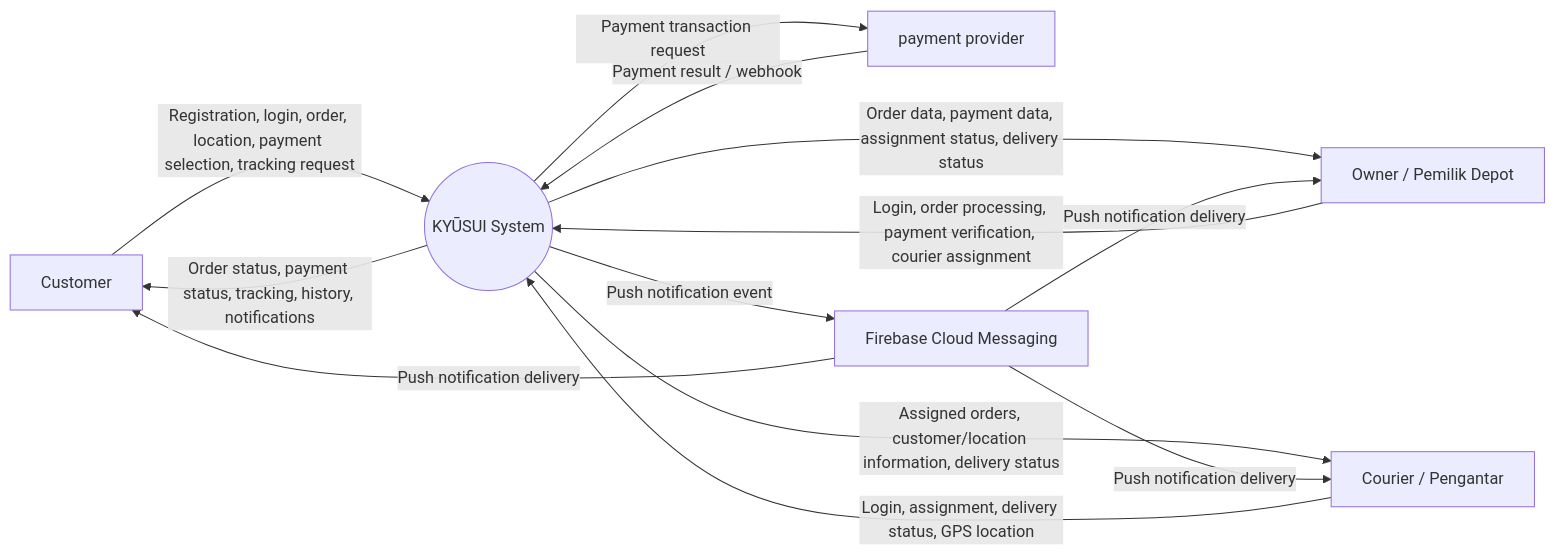
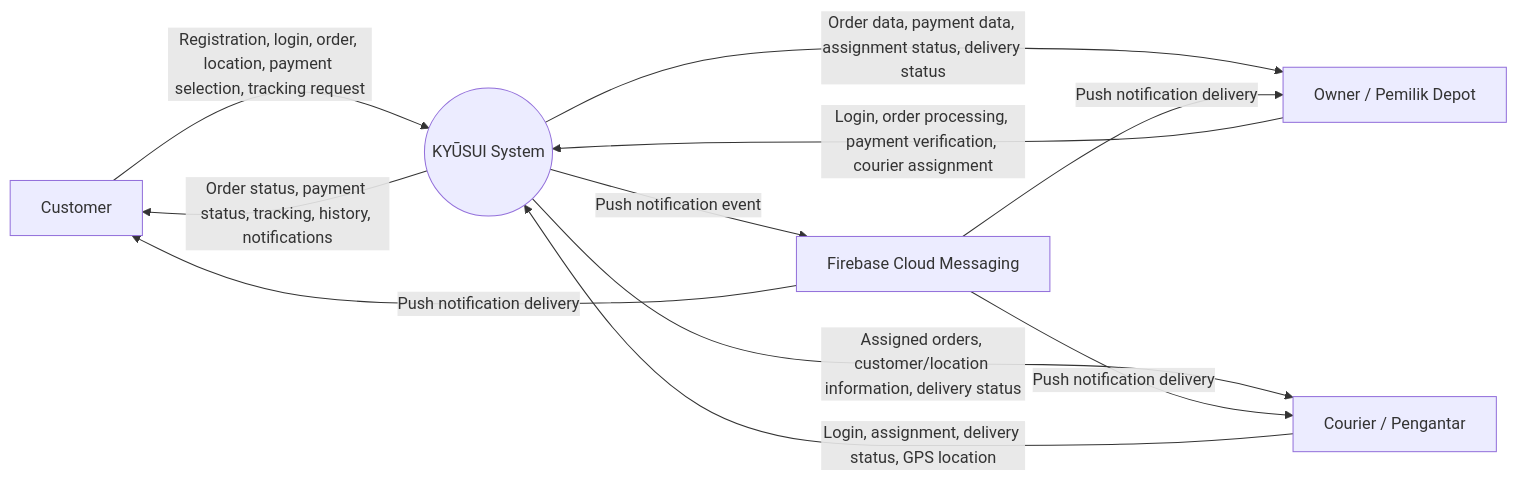
Before and after one commit to RadinataP/kyusui: diagram 20 of 23 in docs/04_KYUSUI_SYSTEM_WORKFLOW_REBUILT.md, drawn with Mermaid. The commit also changed other lines of this file and 3 other files, not shown here.

````diff
--- a/docs/04_KYUSUI_SYSTEM_WORKFLOW_REBUILT.md
+++ b/docs/04_KYUSUI_SYSTEM_WORKFLOW_REBUILT.md
@@ -993,27 +957,23 @@
 ``` mermaid
 flowchart LR
     C[Customer]
     O[Owner / Pemilik Depot]
     D[Courier / Pengantar]
-    M[payment provider]
     F[Firebase Cloud Messaging]
 
     S((KYŪSUI System))
 
     C -->|Registration, login, order, location, payment selection, tracking request| S
     S -->|Order status, payment status, tracking, history, notifications| C
 
     O -->|Login, order processing, payment verification, courier assignment| S
     S -->|Order data, payment data, assignment status, delivery status| O
 
     D -->|Login, assignment, delivery status, GPS location| S
     S -->|Assigned orders, customer/location information, delivery status| D
 
-    S -->|Payment transaction request| M
-    M -->|Payment result / webhook| S
-
     S -->|Push notification event| F
     F -->|Push notification delivery| C
     F -->|Push notification delivery| O
     F -->|Push notification delivery| D
 ```
````
